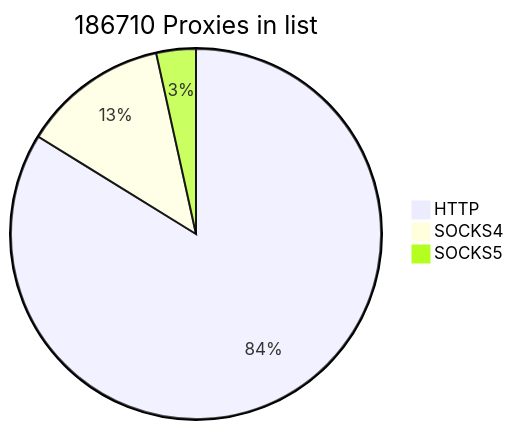
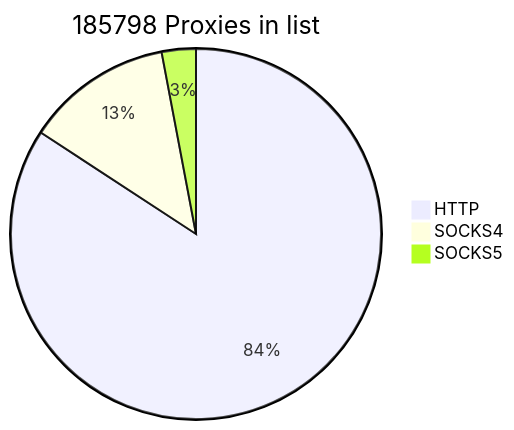
The first of 2 diagrams in README.md (cutipu/proxylist), drawn with Mermaid before and after one commit. The commit also changed other lines of this file, not shown here.

````diff
--- a/README.md
+++ b/README.md
@@ -2,7 +2,7 @@
 ```mermaid
-pie title 186710 Proxies in list
-    "HTTP" : 156475
+pie title 185798 Proxies in list
+    "HTTP" : 156477
     "SOCKS4" : 23790
-    "SOCKS5" : 6445
+    "SOCKS5" : 5531
             
 ```
````
